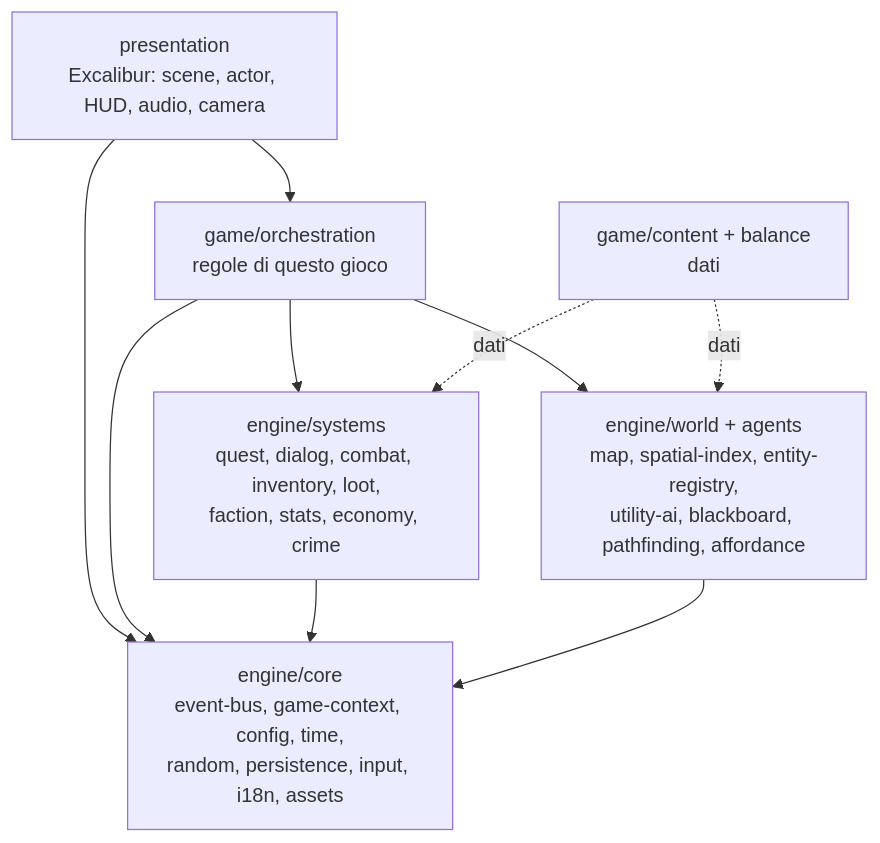
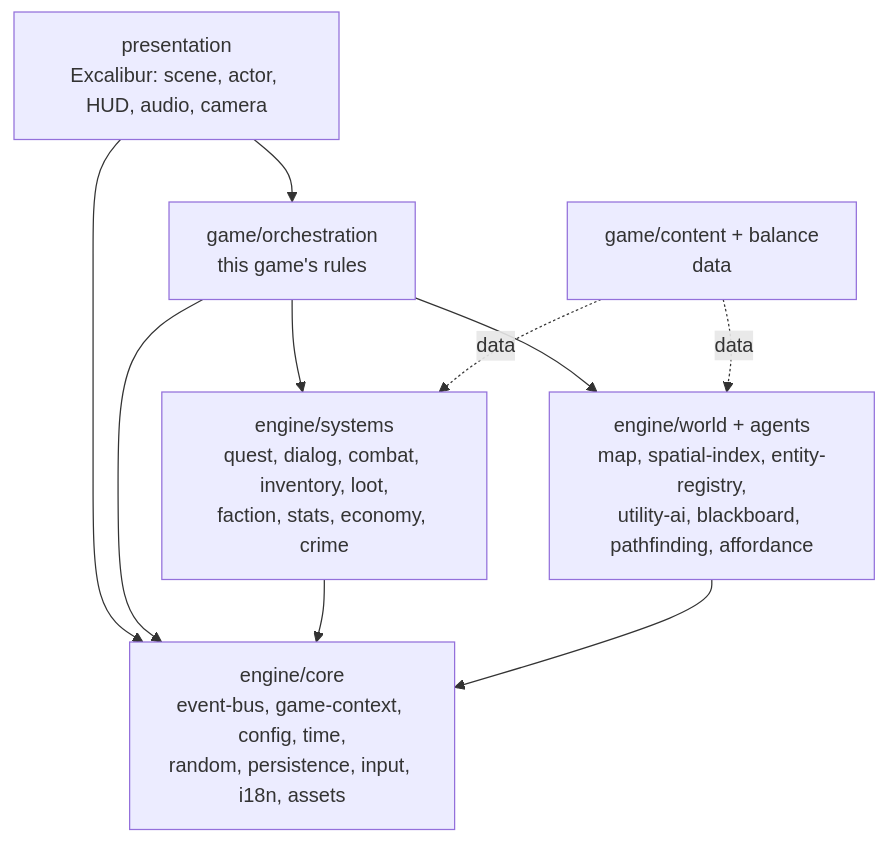
One commit to denetor/rpgengine changed the diagram in docs/REQUIREMENTS.md. Above: the diagram before and after it, drawn with Mermaid. The commit also changed other lines of this file and 66 other files, not shown here.

````diff
--- a/docs/REQUIREMENTS.md
+++ b/docs/REQUIREMENTS.md
@@ -400,19 +395,19 @@
 ```mermaid
 flowchart TB
     P[presentation<br/>Excalibur: scene, actor, HUD, audio, camera]
-    O[game/orchestration<br/>regole di questo gioco]
-    C[game/content + balance<br/>dati]
+    O[game/orchestration<br/>this game's rules]
+    C[game/content + balance<br/>data]
     S[engine/systems<br/>quest, dialog, combat, inventory, loot,<br/>faction, stats, economy, crime]
     W[engine/world + agents<br/>map, spatial-index, entity-registry,<br/>utility-ai, blackboard, pathfinding, affordance]
     K[engine/core<br/>event-bus, game-context, config, time,<br/>random, persistence, input, i18n, assets]
 
     P --> O
     P --> K
     O --> S
     O --> W
     O --> K
-    C -.dati.-> S
-    C -.dati.-> W
+    C -.data.-> S
+    C -.data.-> W
     S --> K
     W --> K
 ```
````
